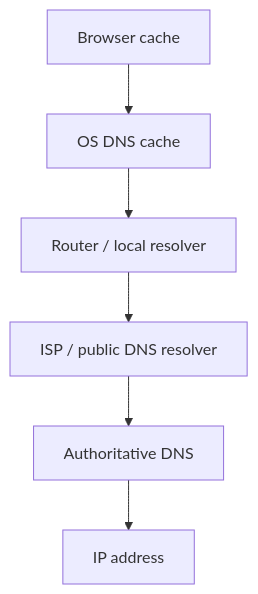
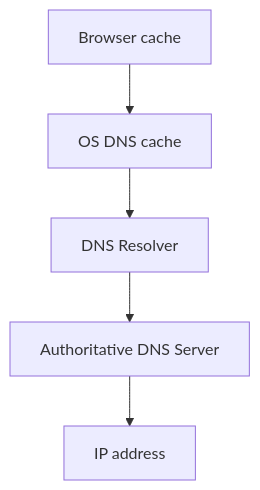
The diagram in 01_Request_Journey/02_DNS.md (EugenTovarchi/Backend-Engineer-Handbook), drawn with Mermaid before and after one commit. The commit also changed other lines of this file, not shown here.

Commit message:
Edit DNS chapter terminology and navigation

````diff
--- a/01_Request_Journey/02_DNS.md
+++ b/01_Request_Journey/02_DNS.md
@@ -227,8 +203,7 @@
 ```mermaid
 flowchart TD
     Browser[Browser cache] --> OS[OS DNS cache]
-    OS --> Router[Router / local resolver]
-    Router --> Provider[ISP / public DNS resolver]
-    Provider --> DNS[Authoritative DNS]
-    DNS --> IP[IP address]
+    OS --> Resolver[DNS Resolver]
+    Resolver --> Authoritative[Authoritative DNS Server]
+    Authoritative --> IP[IP address]
 ```
````
